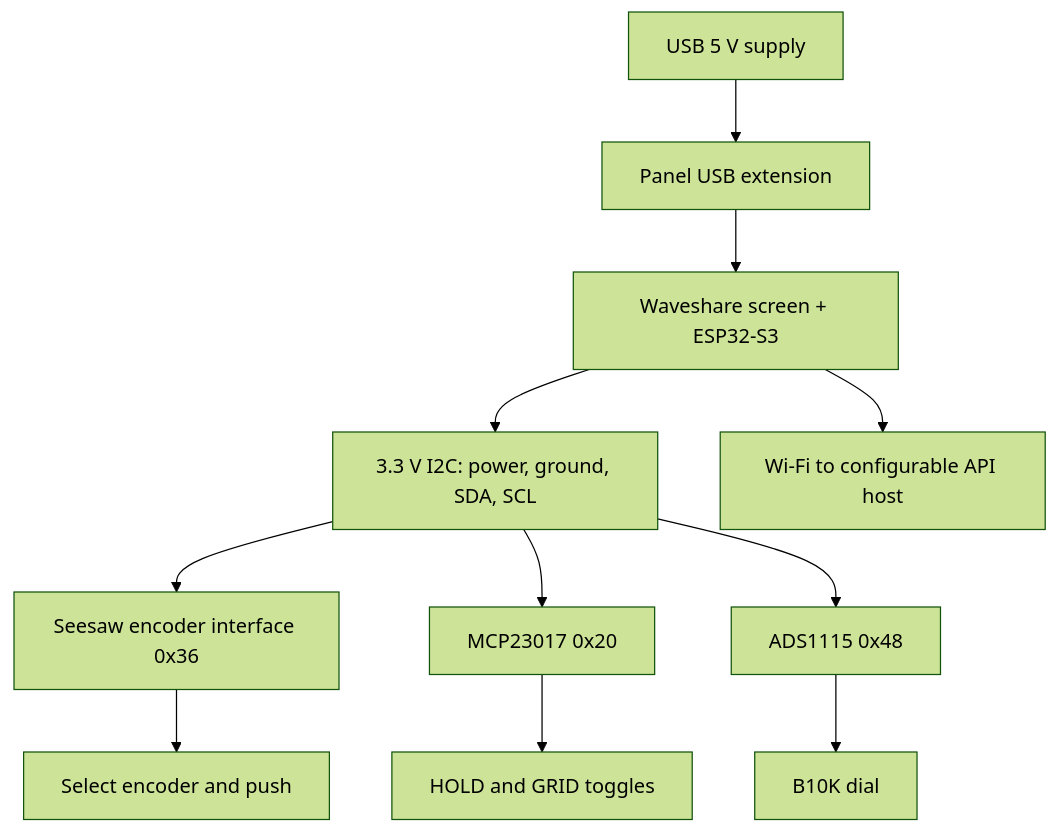
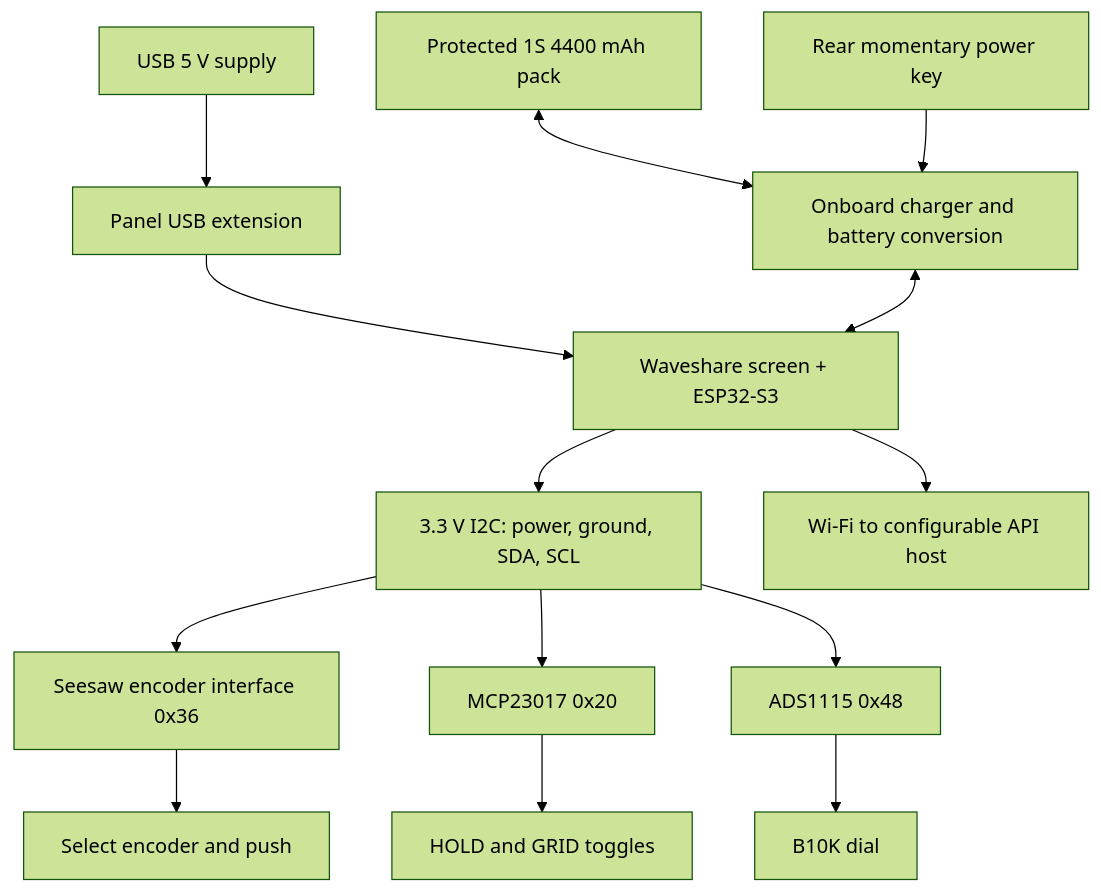
Before and after one commit to LilOz/retro-sat-track: the diagram in hardware/ASSEMBLY.md, drawn with Mermaid (forest theme). The commit also changed other lines of this file and 34 other files, not shown here.

Commit message:
Add rechargeable battery enclosure and power design

````diff
--- a/hardware/ASSEMBLY.md
+++ b/hardware/ASSEMBLY.md
@@ -27,13 +29,16 @@
 ```mermaid
 flowchart TD
   USB[USB 5 V supply] --> EXT[Panel USB extension]
   EXT --> WS[Waveshare screen + ESP32-S3]
+  BAT[Protected 1S 4400 mAh pack] <--> PWR[Onboard charger and battery conversion]
+  PWR <--> WS
+  KEY[Rear momentary power key] --> PWR
   WS --> BUS[3.3 V I2C: power, ground, SDA, SCL]
   BUS --> SS[Seesaw encoder interface 0x36]
   SS --> ENC[Select encoder and push]
   BUS --> MCP[MCP23017 0x20]
   MCP --> SW[HOLD and GRID toggles]
   BUS --> ADC[ADS1115 0x48]
   ADC --> POT[B10K dial]
   WS --> WIFI[Wi-Fi to configurable API host]
 ```
````
